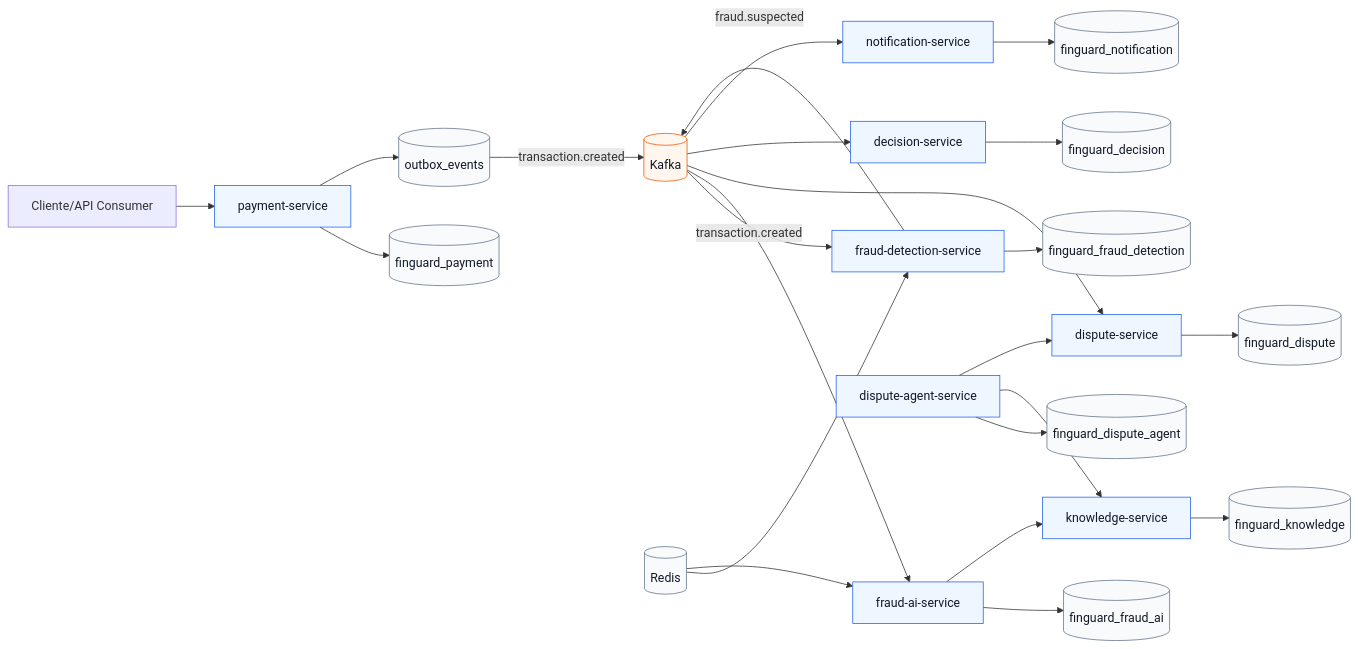
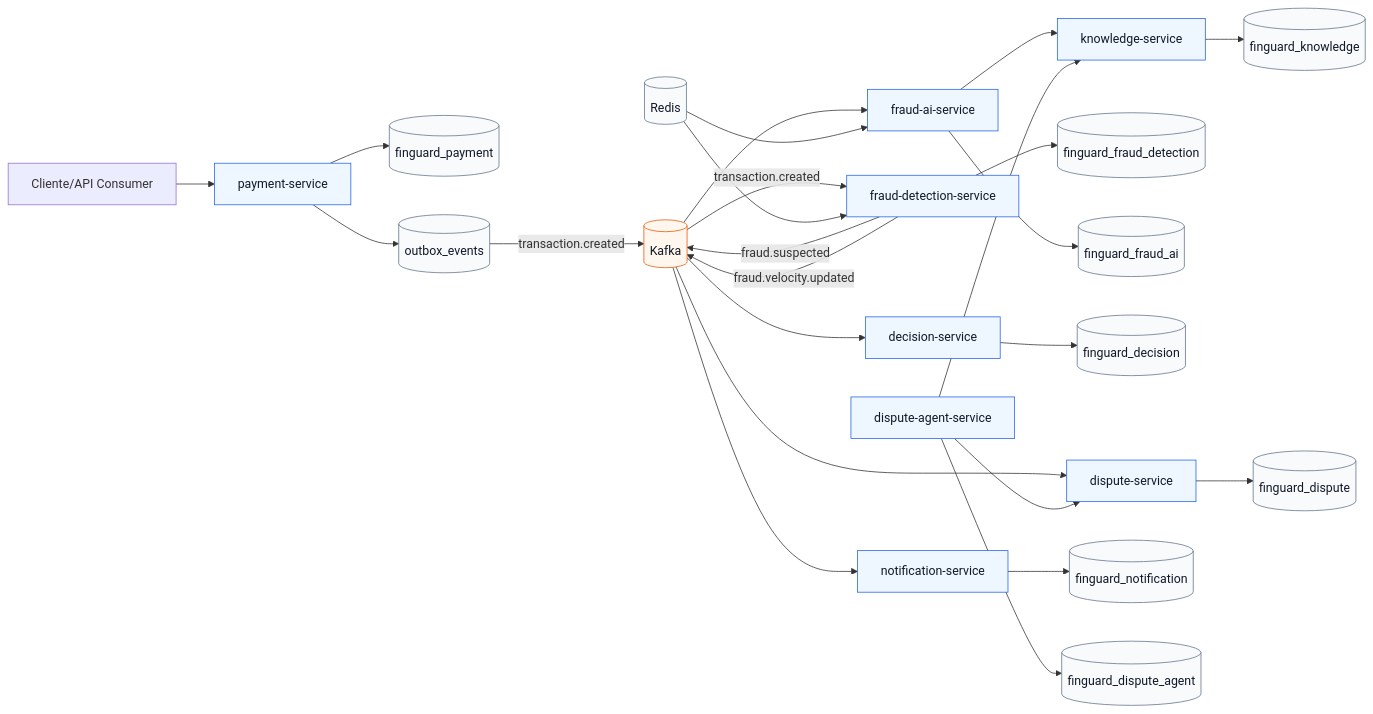
The diagram in README.md (Cosmess/finguard-ai), drawn with Mermaid before and after one commit. The commit also changed other lines of this file and 2 other files, not shown here.

````diff
--- a/README.md
+++ b/README.md
@@ -52,38 +60,39 @@
 ```mermaid
 flowchart LR
     Client[Cliente/API Consumer] --> Payment[payment-service]
 
     Payment --> PaymentDb[(finguard_payment)]
     Payment --> Outbox[(outbox_events)]
     Outbox -->|transaction.created| Kafka[(Kafka)]
 
     Kafka -->|transaction.created| FraudDetection[fraud-detection-service]
     FraudDetection -->|fraud.suspected| Kafka
+    FraudDetection -->|fraud.velocity.updated| Kafka
     Kafka --> FraudAi[fraud-ai-service]
     Kafka --> Dispute[dispute-service]
     Kafka --> Decision[decision-service]
     Kafka --> Notification[notification-service]
 
     FraudDetection --> FraudDb[(finguard_fraud_detection)]
     FraudAi --> FraudAiDb[(finguard_fraud_ai)]
     Dispute --> DisputeDb[(finguard_dispute)]
     Decision --> DecisionDb[(finguard_decision)]
     Knowledge[knowledge-service] --> KnowledgeDb[(finguard_knowledge)]
     Notification --> NotificationDb[(finguard_notification)]
     DisputeAgent[dispute-agent-service] --> DisputeAgentDb[(finguard_dispute_agent)]
 
     FraudAi --> Knowledge
     DisputeAgent --> Knowledge
     DisputeAgent --> Dispute
 
     Redis[(Redis)] --> FraudDetection
     Redis --> FraudAi
 
     classDef service fill:#eef6ff,stroke:#2563eb,color:#111827
     classDef datastore fill:#f8fafc,stroke:#64748b,color:#111827
     classDef eventbus fill:#fff7ed,stroke:#ea580c,color:#111827
 
     class Payment,FraudDetection,FraudAi,Dispute,DisputeAgent,Decision,Knowledge,Notification service
     class PaymentDb,Outbox,FraudDb,FraudAiDb,DisputeDb,DisputeAgentDb,DecisionDb,KnowledgeDb,NotificationDb,Redis datastore
     class Kafka eventbus
 ```
````
